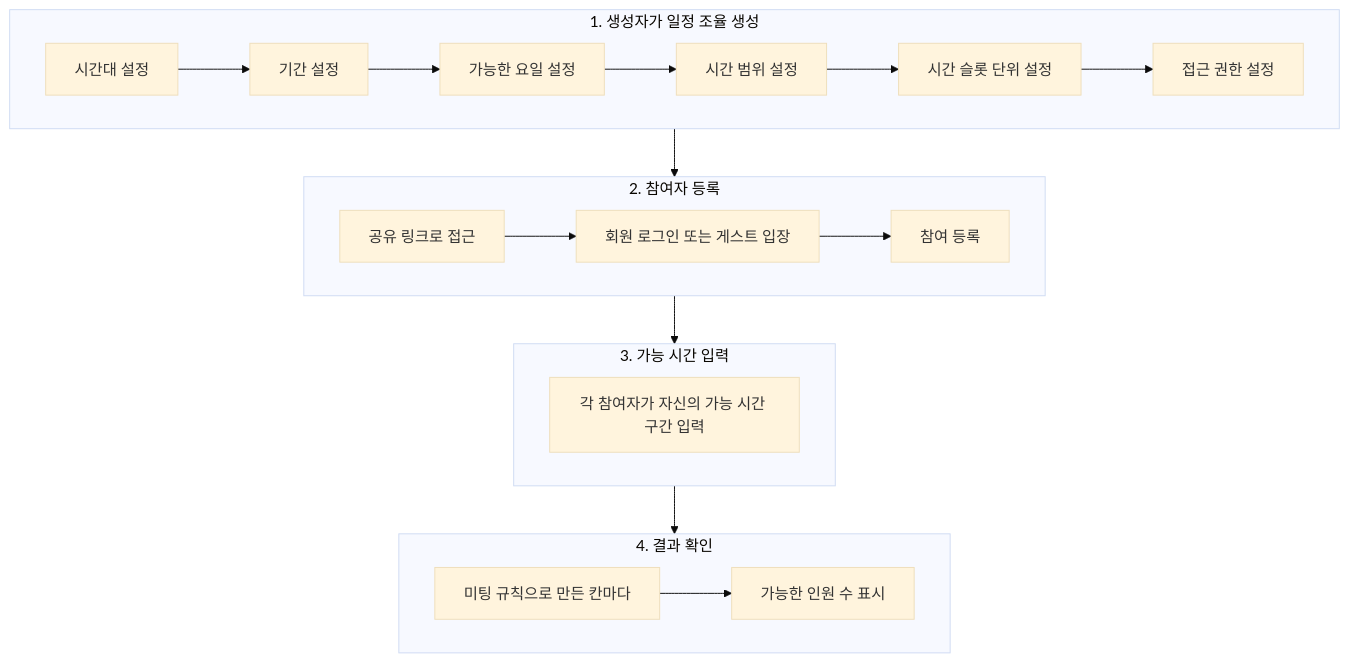
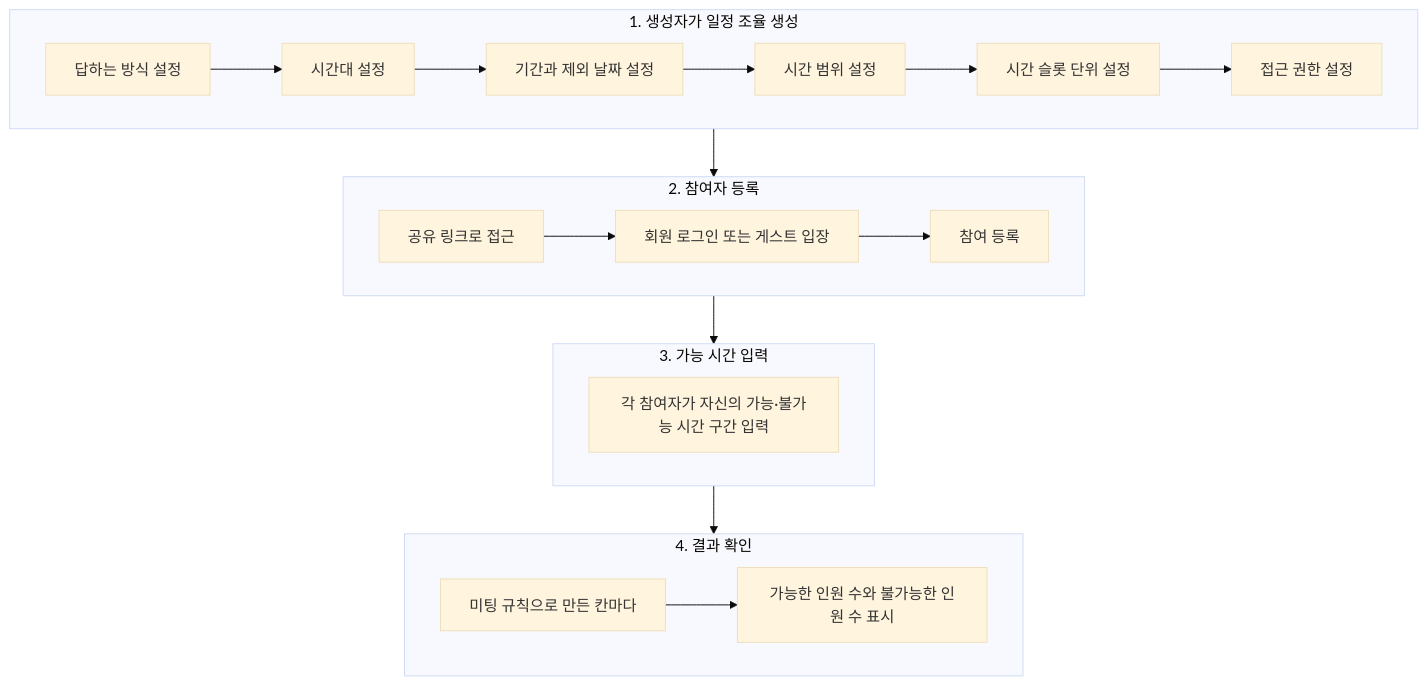
One commit to onprem-hipster-timer/backend changed the diagram in docs/guides/meeting.ko.md. Above: the diagram before and after it, drawn with Mermaid (base theme). The commit also changed other lines of this file and 5 other files, not shown here.

Commit message:
docs(meeting): 미팅의 답하는 방식(mode)과 규칙, 제외 날짜(excluded_dates), 가능 시간 종류(kind)와 결과의 unavailable_count를 미팅·공개 범위·시간대 문서, README와 CHANGELOG에 반영한다

````diff
--- a/docs/guides/meeting.ko.md
+++ b/docs/guides/meeting.ko.md
@@ -11,25 +11,25 @@
 ```mermaid
 flowchart TD
     subgraph step1["1. 생성자가 일정 조율 생성"]
-        A0[시간대 설정] --> A1[기간 설정]
-        A1 --> A2[가능한 요일 설정]
+        A0[답하는 방식 설정] --> A1[시간대 설정]
+        A1 --> A2[기간과 제외 날짜 설정]
         A2 --> A3[시간 범위 설정]
         A3 --> A4[시간 슬롯 단위 설정]
         A4 --> A5[접근 권한 설정]
     end
 
     subgraph step2["2. 참여자 등록"]
         B1[공유 링크로 접근] --> B2[회원 로그인 또는 게스트 입장]
         B2 --> B3[참여 등록]
     end
 
     subgraph step3["3. 가능 시간 입력"]
-        C1[각 참여자가 자신의 가능 시간 구간 입력]
+        C1[각 참여자가 자신의 가능·불가능 시간 구간 입력]
     end
 
     subgraph step4["4. 결과 확인"]
-        D1[미팅 규칙으로 만든 칸마다] --> D2[가능한 인원 수 표시]
+        D1[미팅 규칙으로 만든 칸마다] --> D2[가능한 인원 수와 불가능한 인원 수 표시]
     end
 
     step1 --> step2 --> step3 --> step4
 ```
````
